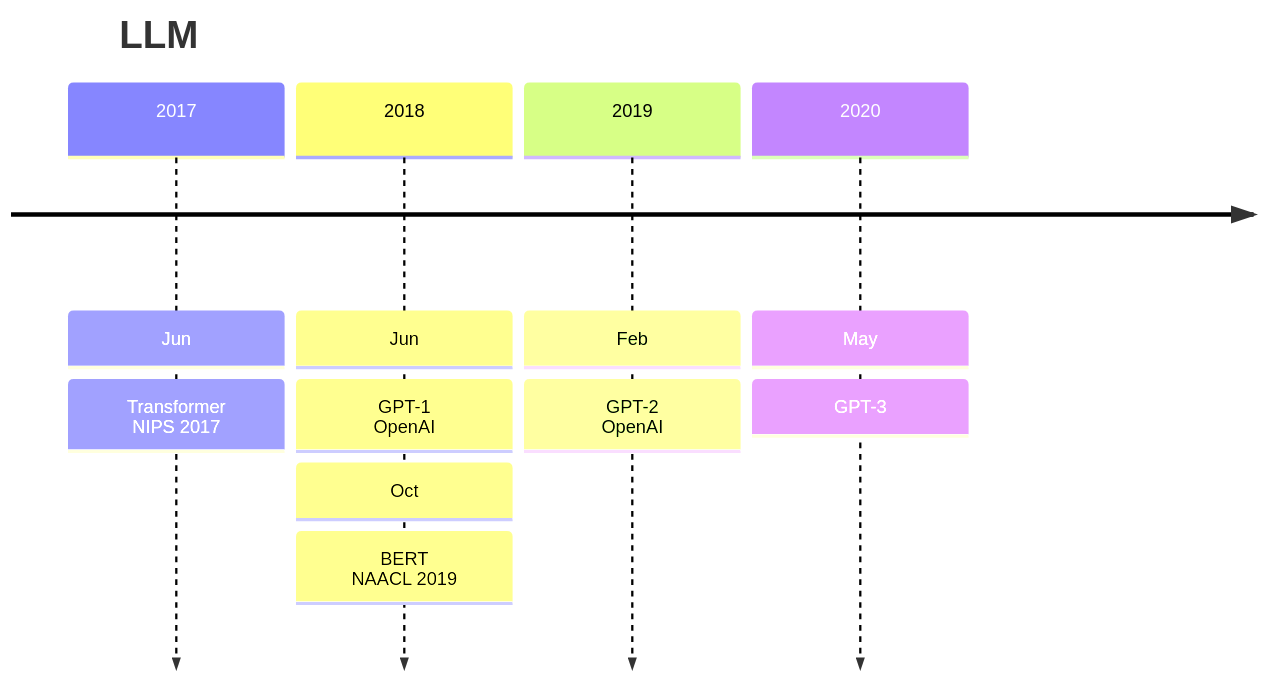
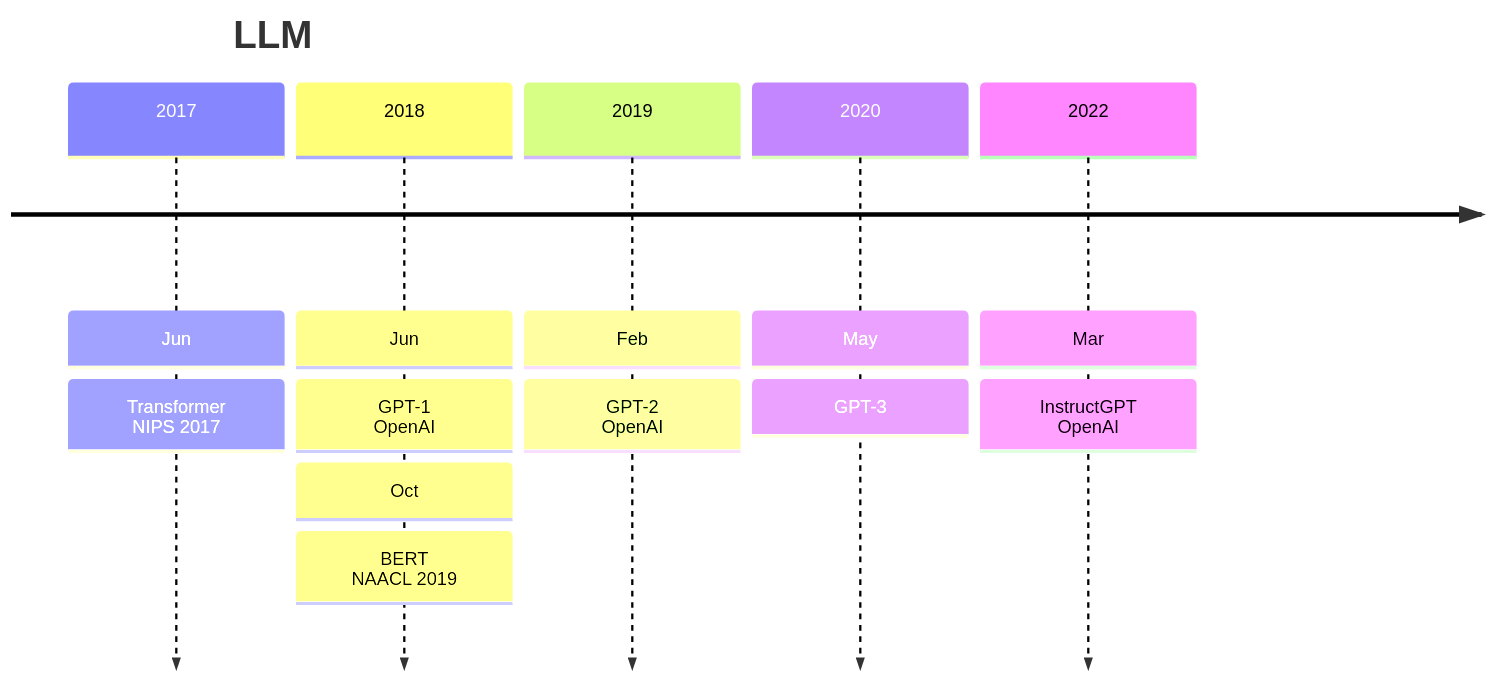
One commit to Elephant-King9/Paper changed the first of 4 diagrams in Base_Model/LLM/analyse.md. Above: the diagram before and after it, drawn with Mermaid. The commit also changed other lines of this file and 3 other files, not shown here.

````diff
--- a/Base_Model/LLM/analyse.md
+++ b/Base_Model/LLM/analyse.md
@@ -5,14 +5,16 @@
 ```mermaid
 timeline
     title LLM
     2017 : Jun
     		 : Transformer<br>NIPS 2017
     2018 : Jun
     		 : GPT-1<br>OpenAI
     		 : Oct
     		 : BERT<br>NAACL 2019
     2019 : Feb
     		 : GPT-2<br>OpenAI
     2020 : May
     		 : GPT-3
+    2022 : Mar
+    		 : InstructGPT<br>OpenAI
 ```
````
